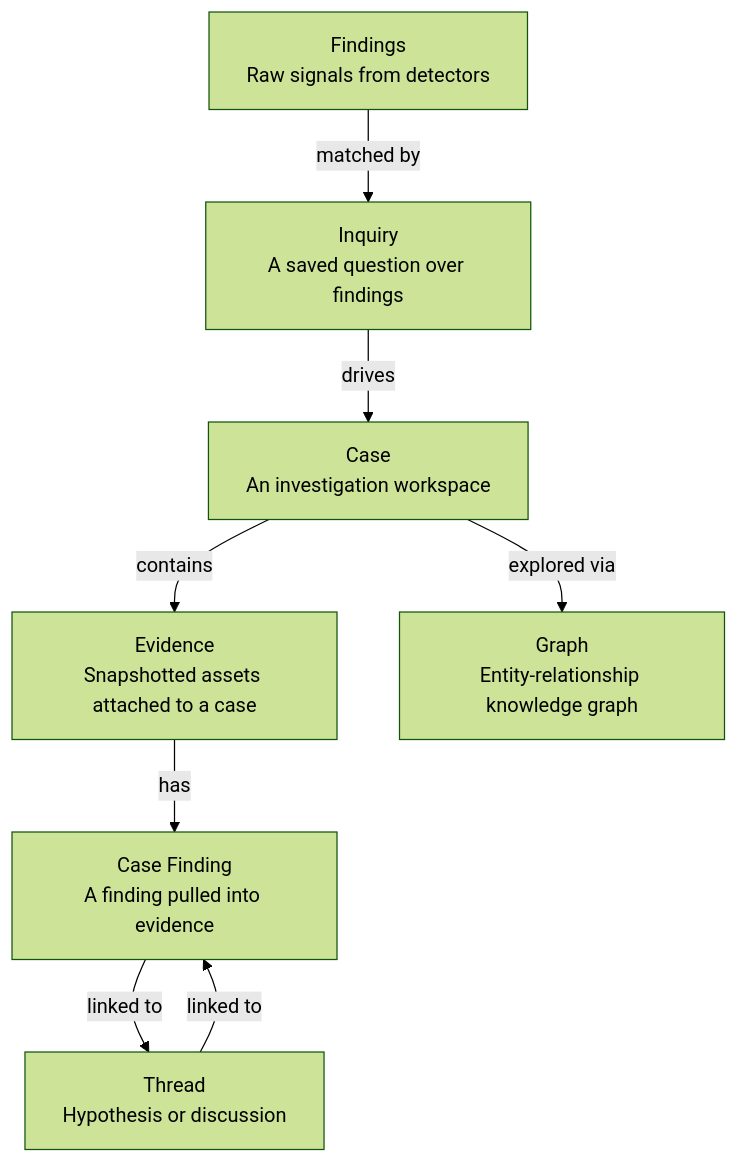
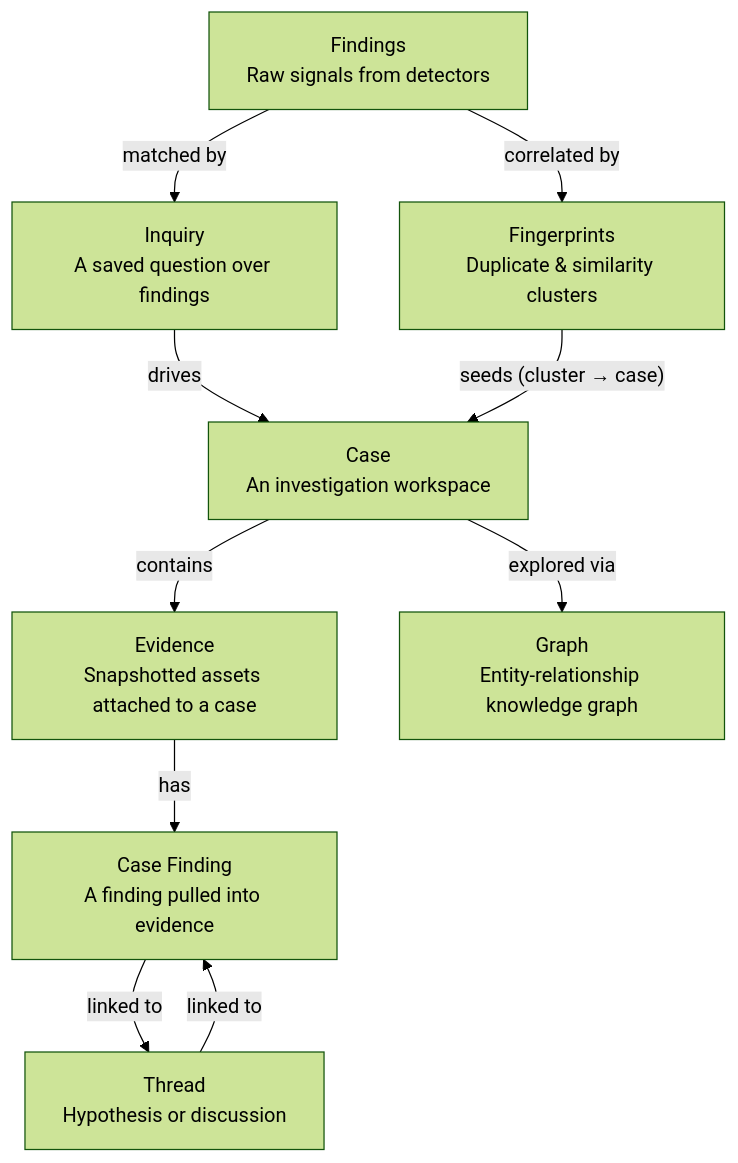
Before and after one commit to classifyre/classifyre: the second of 3 diagrams in apps/docs/app/flow/investigations/page.mdx, drawn with Mermaid (forest theme). The commit also changed other lines of this file and 7 other files, not shown here.

````diff
--- a/apps/docs/app/flow/investigations/page.mdx
+++ b/apps/docs/app/flow/investigations/page.mdx
@@ -13,18 +72,21 @@
 ```mermaid
 graph TD
     Findings["Findings<br/>Raw signals from detectors"]
     Inquiry["Inquiry<br/>A saved question over findings"]
+    FP["Fingerprints<br/>Duplicate & similarity clusters"]
     Case["Case<br/>An investigation workspace"]
     Evidence["Evidence<br/>Snapshotted assets attached to a case"]
     CaseFinding["Case Finding<br/>A finding pulled into evidence"]
     Thread["Thread<br/>Hypothesis or discussion"]
     Graph["Graph<br/>Entity-relationship knowledge graph"]
 
     Findings -- "matched by" --> Inquiry
+    Findings -- "correlated by" --> FP
     Inquiry -- "drives" --> Case
+    FP -- "seeds (cluster → case)" --> Case
     Case -- "contains" --> Evidence
     Evidence -- "has" --> CaseFinding
     CaseFinding -- "linked to" --> Thread
     Case -- "explored via" --> Graph
     Thread -- "linked to" --> CaseFinding
 ```
````
